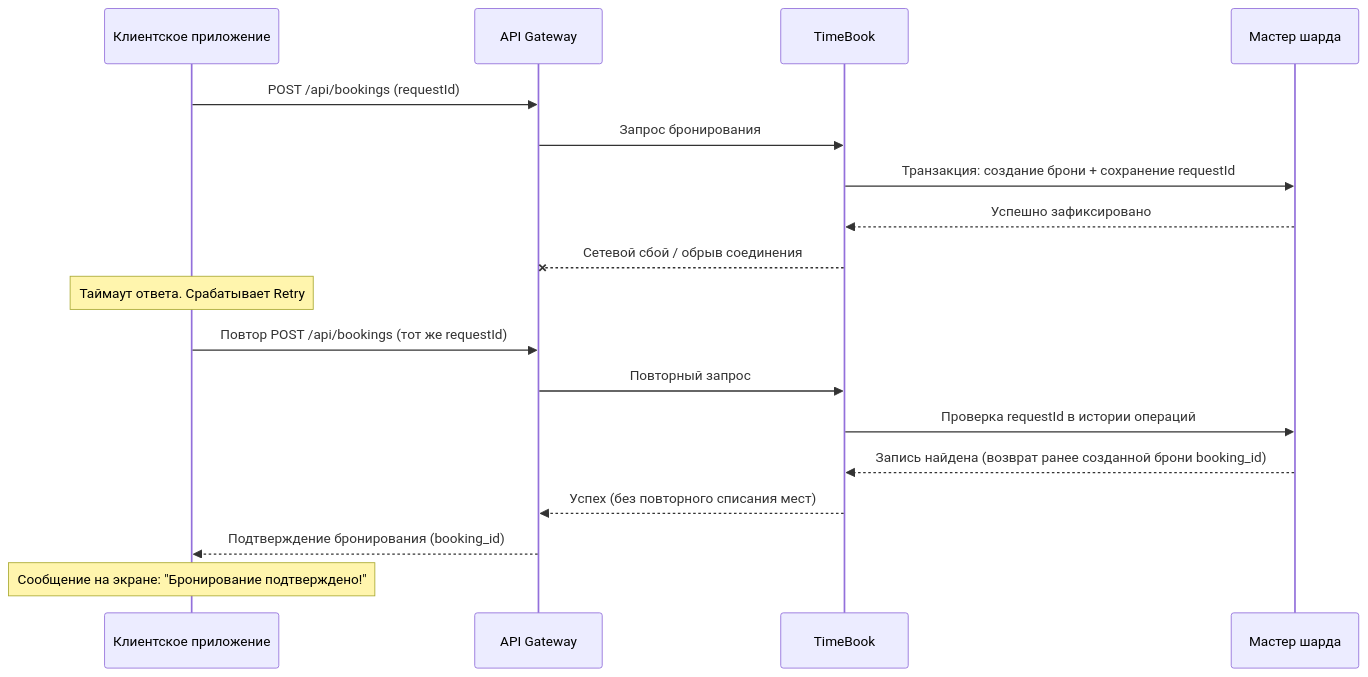
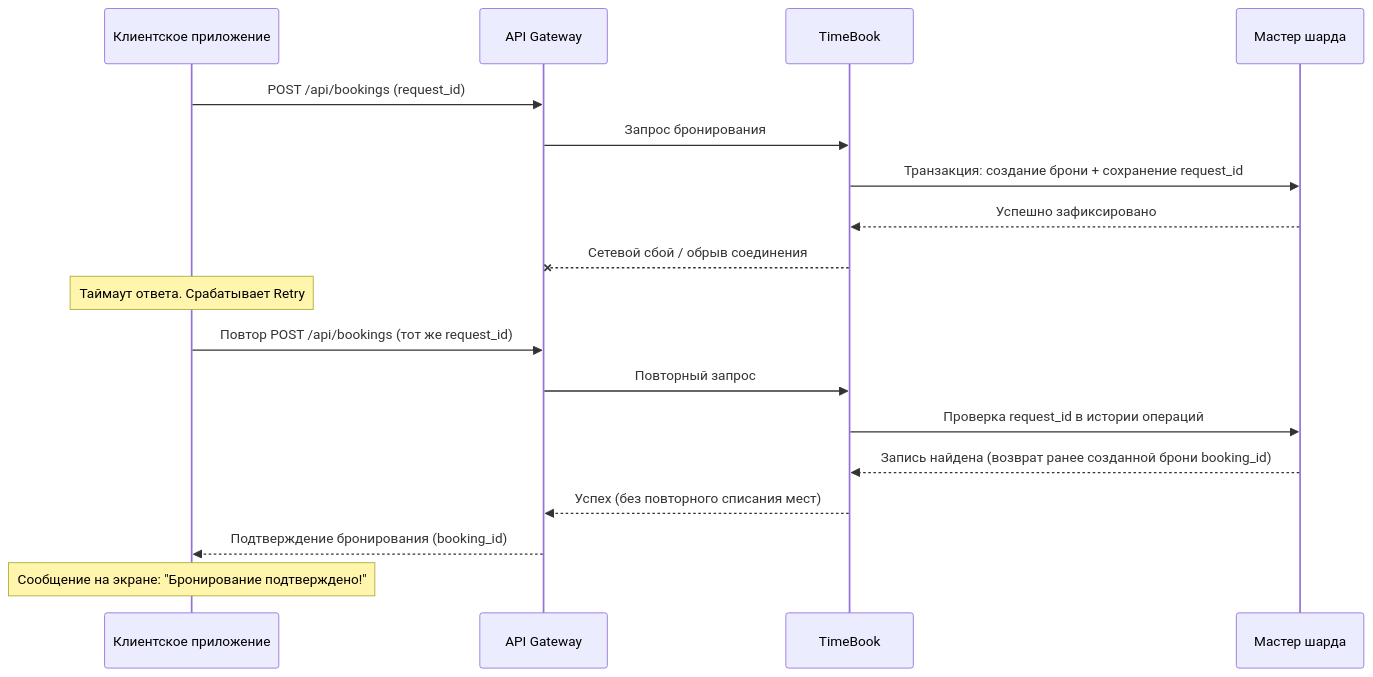
One commit to spbu-ds-practicum-2026/4positions changed the sixth of 7 diagrams in docs/tr.md. Above: the diagram before and after it, drawn with Mermaid. The commit also changed other lines of this file, not shown here.

````diff
--- a/docs/tr.md
+++ b/docs/tr.md
@@ -327,21 +337,21 @@
 ```mermaid
 sequenceDiagram
   participant Client as Клиентское приложение
   participant APIGateway as API Gateway
   participant TimeBook as TimeBook
   participant Master as Мастер шарда
 
-  Client->>APIGateway: POST /api/bookings (requestId)
+  Client->>APIGateway: POST /api/bookings (request_id)
   APIGateway->>TimeBook: Запрос бронирования
-  TimeBook->>Master: Транзакция: создание брони + сохранение requestId
+  TimeBook->>Master: Транзакция: создание брони + сохранение request_id
   Master-->>TimeBook: Успешно зафиксировано
   TimeBook--xAPIGateway: Сетевой сбой / обрыв соединения
   Note over Client: Таймаут ответа. Срабатывает Retry
-  Client->>APIGateway: Повтор POST /api/bookings (тот же requestId)
+  Client->>APIGateway: Повтор POST /api/bookings (тот же request_id)
   APIGateway->>TimeBook: Повторный запрос
-  TimeBook->>Master: Проверка requestId в истории операций
+  TimeBook->>Master: Проверка request_id в истории операций
   Master-->>TimeBook: Запись найдена (возврат ранее созданной брони booking_id)
   TimeBook-->>APIGateway: Успех (без повторного списания мест)
   APIGateway-->>Client: Подтверждение бронирования (booking_id)
   Note over Client: Сообщение на экране: "Бронирование подтверждено!"
 ```
````
